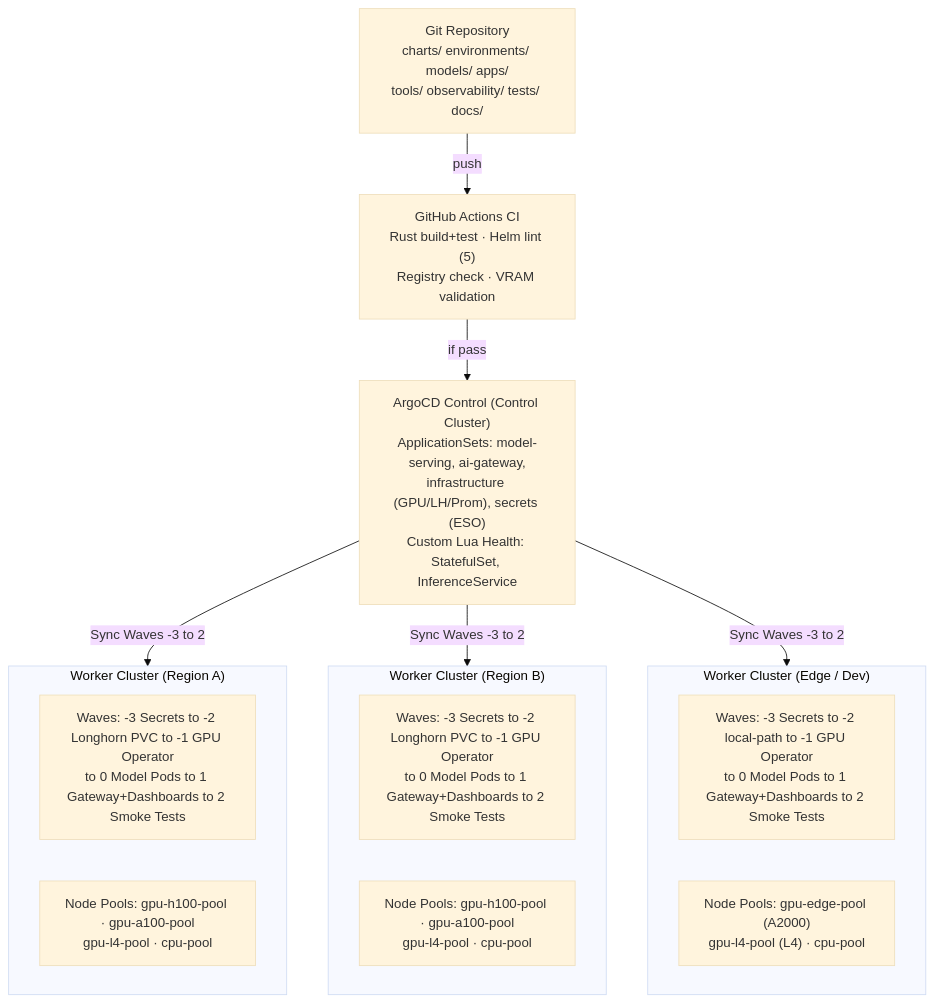
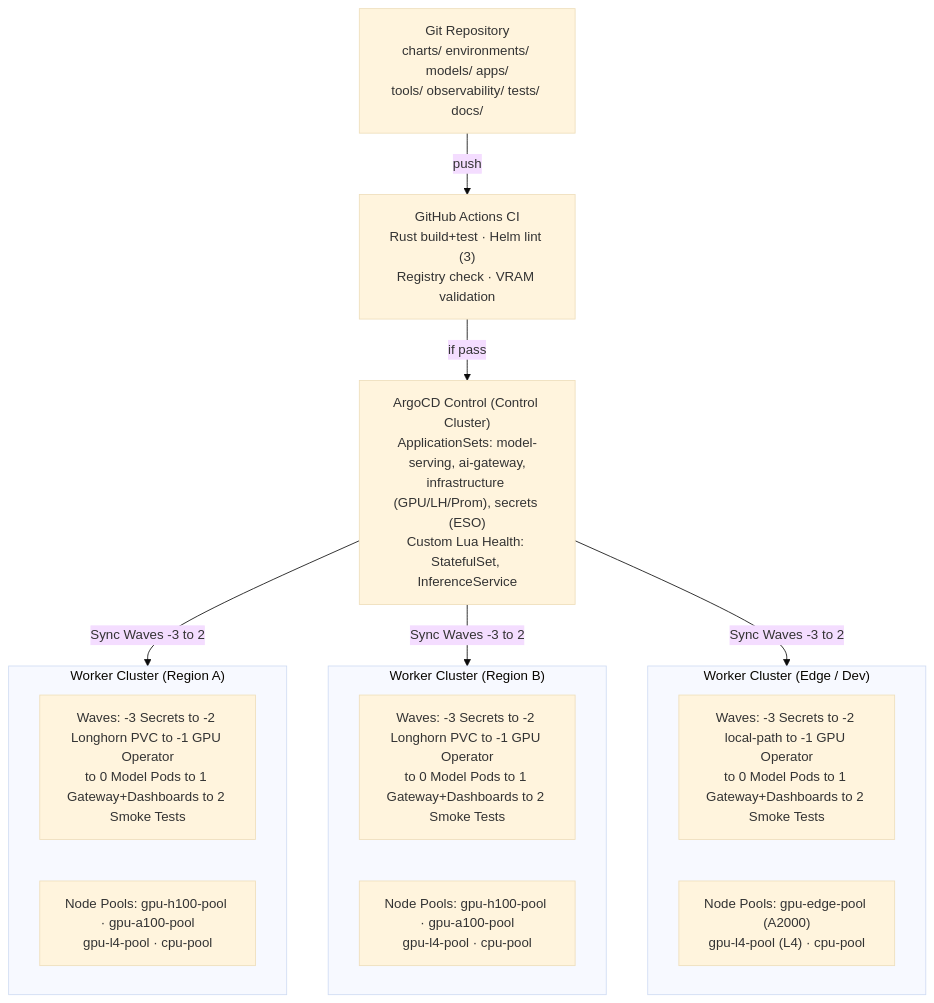
One commit to ADORSYS-GIS/Custom-Ai-Ops changed the second of 9 diagrams in README.md. Above: the diagram before and after it, drawn with Mermaid (base theme). The commit also changed other lines of this file and 29 other files, not shown here.

````diff
--- a/README.md
+++ b/README.md
@@ -162,28 +159,28 @@
 ```mermaid
 graph TB
     GIT["Git Repository<br/>charts/ environments/ models/ apps/<br/>tools/ observability/ tests/ docs/"]
-    CI["GitHub Actions CI<br/>Rust build+test · Helm lint (5)<br/>Registry check · VRAM validation"]
+    CI["GitHub Actions CI<br/>Rust build+test · Helm lint (3)<br/>Registry check · VRAM validation"]
     ARGOCD["ArgoCD Control (Control Cluster)<br/>ApplicationSets: model-serving, ai-gateway,<br/>infrastructure (GPU/LH/Prom), secrets (ESO)<br/>Custom Lua Health: StatefulSet, InferenceService"]
 
     GIT -->|push| CI
     CI -->|if pass| ARGOCD
 
     ARGOCD -->|Sync Waves -3 to 2| WA
     ARGOCD -->|Sync Waves -3 to 2| WB
     ARGOCD -->|Sync Waves -3 to 2| WDEV
 
     subgraph WA["Worker Cluster (Region A)"]
         WA_WAVES["Waves: -3 Secrets to -2 Longhorn PVC to -1 GPU Operator<br/>to 0 Model Pods to 1 Gateway+Dashboards to 2 Smoke Tests"]
         WA_POOLS["Node Pools: gpu-h100-pool · gpu-a100-pool<br/>gpu-l4-pool · cpu-pool"]
     end
 
     subgraph WB["Worker Cluster (Region B)"]
         WB_WAVES["Waves: -3 Secrets to -2 Longhorn PVC to -1 GPU Operator<br/>to 0 Model Pods to 1 Gateway+Dashboards to 2 Smoke Tests"]
         WB_POOLS["Node Pools: gpu-h100-pool · gpu-a100-pool<br/>gpu-l4-pool · cpu-pool"]
     end
 
     subgraph WDEV["Worker Cluster (Edge / Dev)"]
         WDEV_WAVES["Waves: -3 Secrets to -2 local-path to -1 GPU Operator<br/>to 0 Model Pods to 1 Gateway+Dashboards to 2 Smoke Tests"]
         WDEV_POOLS["Node Pools: gpu-edge-pool (A2000)<br/>gpu-l4-pool (L4) · cpu-pool"]
     end
 ```
````
